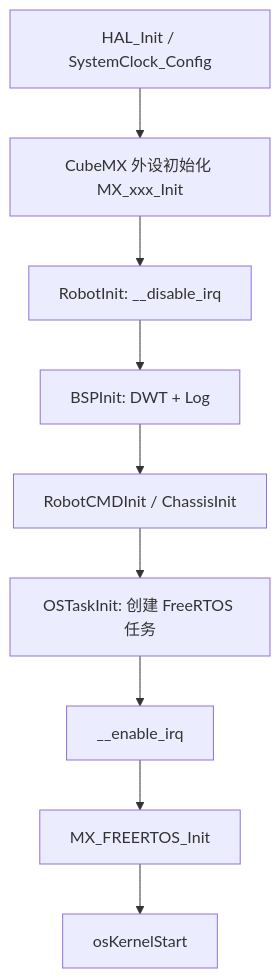
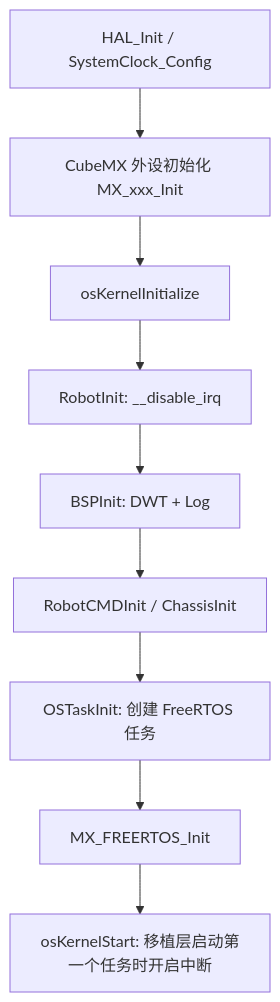
Before and after one commit to gqsdjhh/basic: the diagram in doc/工程架构分析.md, drawn with Mermaid. The commit also changed other lines of this file and 14 other files, not shown here.

````diff
--- a/doc/工程架构分析.md
+++ b/doc/工程架构分析.md
@@ -117,11 +117,11 @@
 ```mermaid
 graph TD
     A[HAL_Init / SystemClock_Config] --> B[CubeMX 外设初始化 MX_xxx_Init]
-    B --> C[RobotInit: __disable_irq]
-    C --> D[BSPInit: DWT + Log]
-    D --> E[RobotCMDInit / ChassisInit]
-    E --> F[OSTaskInit: 创建 FreeRTOS 任务]
-    F --> G[__enable_irq]
+    B --> C[osKernelInitialize]
+    C --> D[RobotInit: __disable_irq]
+    D --> E[BSPInit: DWT + Log]
+    E --> F[RobotCMDInit / ChassisInit]
+    F --> G[OSTaskInit: 创建 FreeRTOS 任务]
     G --> H[MX_FREERTOS_Init]
-    H --> I[osKernelStart]
+    H --> I[osKernelStart: 移植层启动第一个任务时开启中断]
 ```
````
